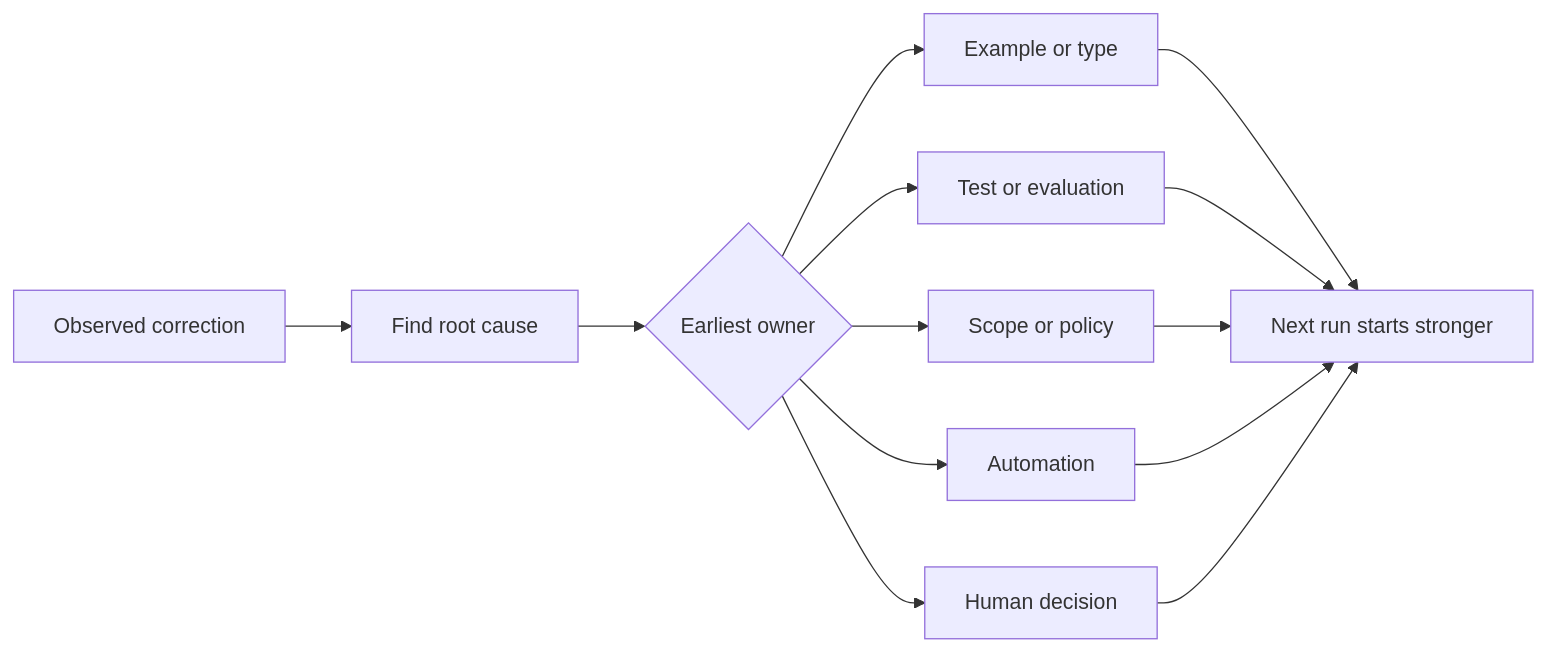
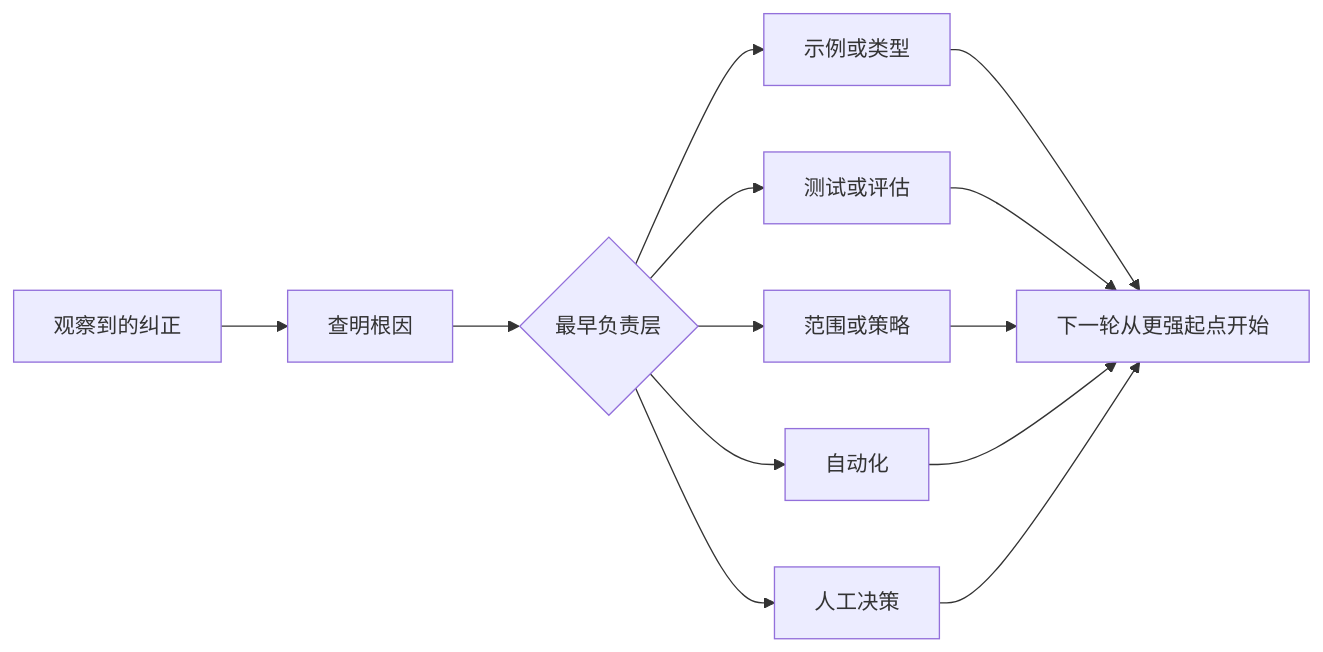
The diagram in phases/14-agent-engineering/46-turn-feedback-into-system/docs/zh.md (fancyboi999/ai-engineering-from-scratch-zh), drawn with Mermaid before and after one commit. The commit also changed 35 other files, not shown here.

````diff
--- a/phases/14-agent-engineering/46-turn-feedback-into-system/docs/zh.md
+++ b/phases/14-agent-engineering/46-turn-feedback-into-system/docs/zh.md
@@ -38,15 +38,15 @@
 ```mermaid
 flowchart LR
-  O[Observed correction] --> C[Find root cause]
-  C --> T{Earliest owner}
-  T --> E[Example or type]
-  T --> V[Test or evaluation]
-  T --> S[Scope or policy]
-  T --> A[Automation]
-  T --> H[Human decision]
-  E --> N[Next run starts stronger]
+  O[观察到的纠正] --> C[查明根因]
+  C --> T{最早负责层}
+  T --> E[示例或类型]
+  T --> V[测试或评估]
+  T --> S[范围或策略]
+  T --> A[自动化]
+  T --> H[人工决策]
+  E --> N[下一轮从更强起点开始]
   V --> N
   S --> N
   A --> N
   H --> N
 ```
````
